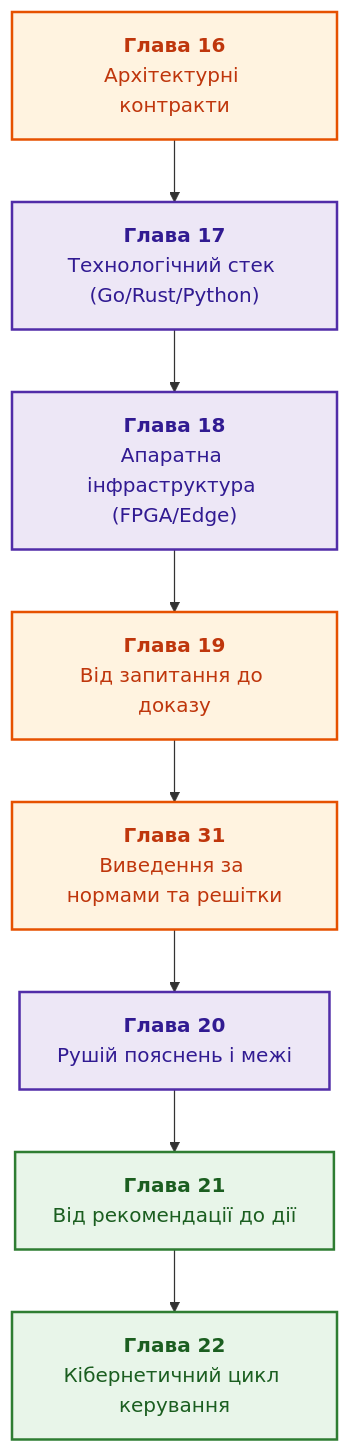
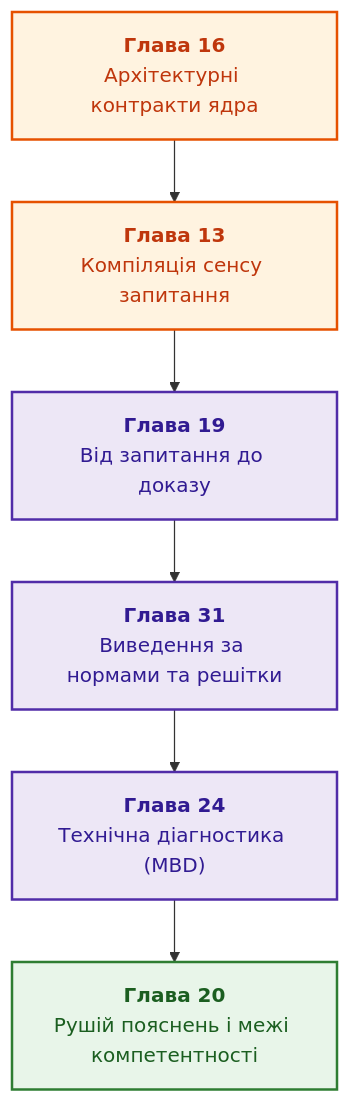
The diagram in ExpertSystem/part-04-architecture-and-inference.md (nick-fedchik/articles), drawn with Mermaid before and after one commit. The commit also changed other lines of this file and 174 other files, not shown here.

````diff
--- a/ExpertSystem/part-04-architecture-and-inference.md
+++ b/ExpertSystem/part-04-architecture-and-inference.md
@@ -19,21 +19,19 @@
 ```mermaid
 flowchart TD
-    accTitle: Інженерна вертикаль Частини IV
-    accDescr: Архітектура, стек, апаратура, пошук підстав, виведення за нормами, пояснення, дія та кібернетичний зворотний зв'язок.
+    accTitle: Тракт детермінованого ядра виведення Частини IV
+    accDescr: Архітектурні контракти, компіляція запитання, пошук підстав, виведення за нормами, технічна діагностика та рушій пояснень.
 
-    CH16["<b>Глава 16</b><br/>Архітектурні контракти"] --> CH17["<b>Глава 17</b><br/>Технологічний стек (Go/Rust/Python)"]
-    CH17 --> CH18["<b>Глава 18</b><br/>Апаратна інфраструктура (FPGA/Edge)"]
-    CH18 --> CH19["<b>Глава 19</b><br/>Від запитання до доказу"]
+    CH16["<b>Глава 16</b><br/>Архітектурні контракти ядра"] --> CH13["<b>Глава 13</b><br/>Компіляція сенсу запитання"]
+    CH13 --> CH19["<b>Глава 19</b><br/>Від запитання до доказу"]
     CH19 --> CH31["<b>Глава 31</b><br/>Виведення за нормами та решітки"]
-    CH31 --> CH20["<b>Глава 20</b><br/>Рушій пояснень і межі"]
-    CH20 --> CH21["<b>Глава 21</b><br/>Від рекомендації до дії"]
-    CH21 --> CH22["<b>Глава 22</b><br/>Кібернетичний цикл керування"]
+    CH31 --> CH24["<b>Глава 24</b><br/>Технічна діагностика (MBD)"]
+    CH24 --> CH20["<b>Глава 20</b><br/>Рушій пояснень і межі компетентності"]
 
     classDef arch fill:#fff3e0,stroke:#e65100,stroke-width:2px,color:#bf360c;
     classDef impl fill:#ede7f6,stroke:#512da8,stroke-width:2px,color:#311b92;
     classDef out fill:#e8f5e9,stroke:#2e7d32,stroke-width:2px,color:#1b5e20;
 
-    class CH16,CH19,CH31 arch;
-    class CH17,CH18,CH20 impl;
-    class CH21,CH22 out;
+    class CH16,CH13 arch;
+    class CH19,CH31,CH24 impl;
+    class CH20 out;
 ```
````
